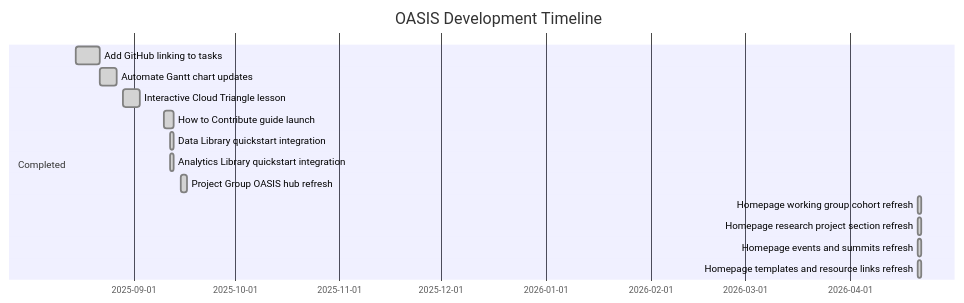
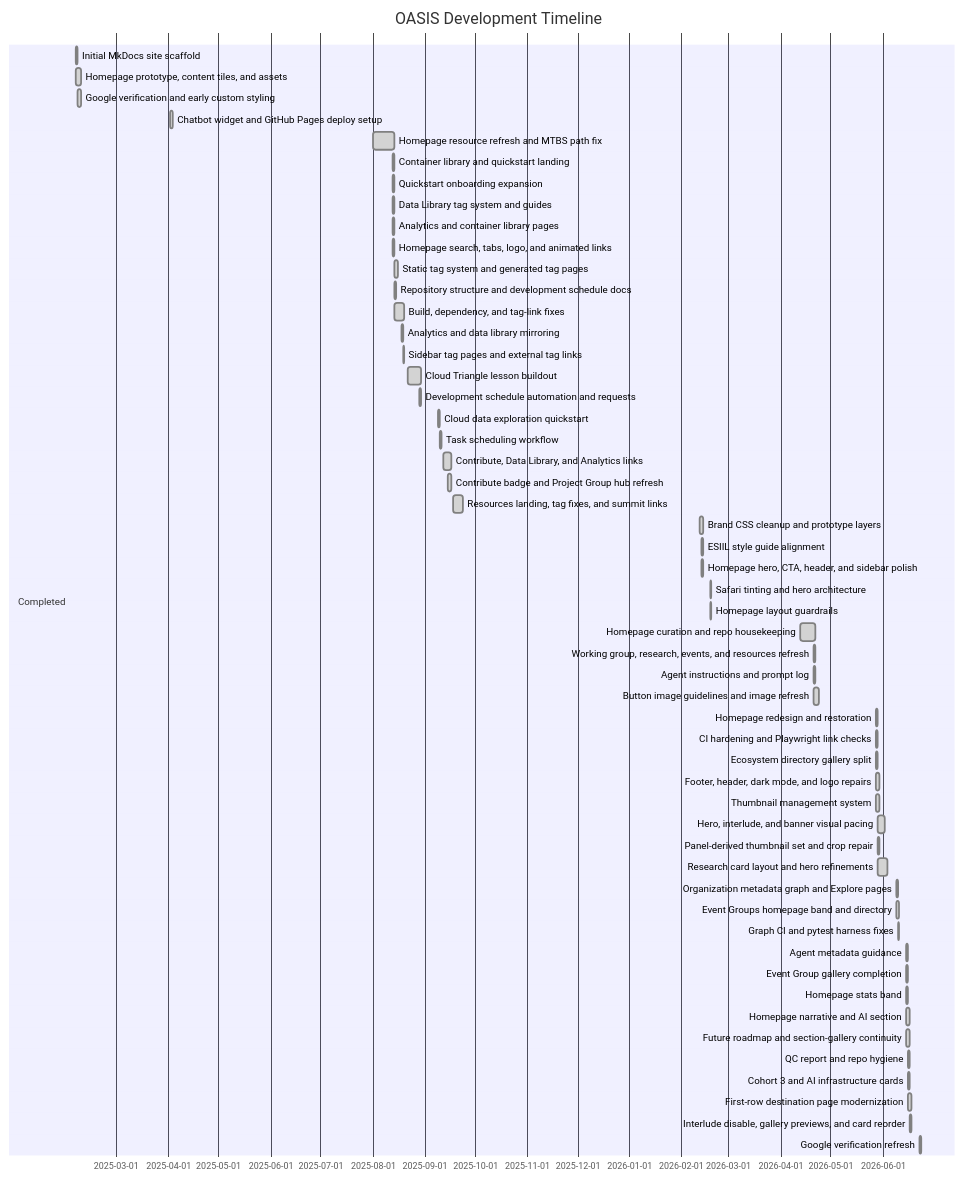
Before and after one commit to CU-ESIIL/home: the first of 2 diagrams in docs/dev-schedule.md, drawn with Mermaid. The commit also changed other lines of this file and 2 other files, not shown here.

Commit message:
dev schedule update

````diff
--- a/docs/dev-schedule.md
+++ b/docs/dev-schedule.md
@@ -174,19 +271,60 @@
 ```mermaid
 gantt
     dateFormat  YYYY-MM-DD
     title OASIS Development Timeline
 %% gantt-start
     section Completed
-    Add GitHub linking to tasks  :done, plan1, 2025-08-15, 7d
-    Automate Gantt chart updates  :done, plan2, 2025-08-22, 5d
-    Interactive Cloud Triangle lesson  :done, plan3, 2025-08-29, 5d
-    How to Contribute guide launch  :done, plan4, 2025-09-10, 3d
-    Data Library quickstart integration  :done, plan5, 2025-09-12, 1d
-    Analytics Library quickstart integration  :done, plan6, 2025-09-12, 1d
-    Project Group OASIS hub refresh  :done, plan7, 2025-09-15, 2d
-    Homepage working group cohort refresh  :done, plan8, 2026-04-21, 1d
-    Homepage research project section refresh  :done, plan9, 2026-04-21, 1d
-    Homepage events and summits refresh  :done, plan10, 2026-04-21, 1d
-    Homepage templates and resource links refresh  :done, plan11, 2026-04-21, 1d
+    Initial MkDocs site scaffold  :done, plan1, 2025-02-05, 1d
+    Homepage prototype, content tiles, and assets  :done, plan2, 2025-02-05, 3d
+    Google verification and early custom styling  :done, plan3, 2025-02-06, 2d
+    Chatbot widget and GitHub Pages deploy setup  :done, plan4, 2025-04-02, 2d
+    Homepage resource refresh and MTBS path fix  :done, plan5, 2025-08-01, 13d
+    Container library and quickstart landing  :done, plan6, 2025-08-13, 1d
+    Quickstart onboarding expansion  :done, plan7, 2025-08-13, 1d
+    Data Library tag system and guides  :done, plan8, 2025-08-13, 1d
+    Analytics and container library pages  :done, plan9, 2025-08-13, 1d
+    Homepage search, tabs, logo, and animated links  :done, plan10, 2025-08-13, 1d
+    Static tag system and generated tag pages  :done, plan11, 2025-08-14, 2d
+    Repository structure and development schedule docs  :done, plan12, 2025-08-14, 1d
+    Build, dependency, and tag-link fixes  :done, plan13, 2025-08-14, 6d
+    Analytics and data library mirroring  :done, plan14, 2025-08-18, 1d
+    Sidebar tag pages and external tag links  :done, plan15, 2025-08-19, 1d
+    Cloud Triangle lesson buildout  :done, plan16, 2025-08-22, 8d
+    Development schedule automation and requests  :done, plan17, 2025-08-29, 1d
+    Cloud data exploration quickstart  :done, plan18, 2025-09-09, 1d
+    Task scheduling workflow  :done, plan19, 2025-09-10, 1d
+    Contribute, Data Library, and Analytics links  :done, plan20, 2025-09-12, 5d
+    Contribute badge and Project Group hub refresh  :done, plan21, 2025-09-15, 2d
+    Resources landing, tag fixes, and summit links  :done, plan22, 2025-09-18, 6d
+    Brand CSS cleanup and prototype layers  :done, plan23, 2026-02-12, 2d
+    ESIIL style guide alignment  :done, plan24, 2026-02-13, 1d
+    Homepage hero, CTA, header, and sidebar polish  :done, plan25, 2026-02-13, 1d
+    Safari tinting and hero architecture  :done, plan26, 2026-02-18, 1d
+    Homepage layout guardrails  :done, plan27, 2026-02-18, 1d
+    Homepage curation and repo housekeeping  :done, plan28, 2026-04-13, 9d
+    Working group, research, events, and resources refresh  :done, plan29, 2026-04-21, 1d
+    Agent instructions and prompt log  :done, plan30, 2026-04-21, 1d
+    Button image guidelines and image refresh  :done, plan31, 2026-04-21, 3d
+    Homepage redesign and restoration  :done, plan32, 2026-05-28, 1d
+    CI hardening and Playwright link checks  :done, plan33, 2026-05-28, 1d
+    Ecosystem directory gallery split  :done, plan34, 2026-05-28, 1d
+    Footer, header, dark mode, and logo repairs  :done, plan35, 2026-05-28, 2d
+    Thumbnail management system  :done, plan36, 2026-05-28, 2d
+    Hero, interlude, and banner visual pacing  :done, plan37, 2026-05-29, 4d
+    Panel-derived thumbnail set and crop repair  :done, plan38, 2026-05-29, 1d
+    Research card layout and hero refinements  :done, plan39, 2026-05-29, 6d
+    Organization metadata graph and Explore pages  :done, plan40, 2026-06-09, 1d
+    Event Groups homepage band and directory  :done, plan41, 2026-06-09, 2d
+    Graph CI and pytest harness fixes  :done, plan42, 2026-06-10, 1d
+    Agent metadata guidance  :done, plan43, 2026-06-15, 1d
+    Event Group gallery completion  :done, plan44, 2026-06-15, 1d
+    Homepage stats band  :done, plan45, 2026-06-15, 1d
+    Homepage narrative and AI section  :done, plan46, 2026-06-15, 2d
+    Future roadmap and section-gallery continuity  :done, plan47, 2026-06-15, 2d
+    QC report and repo hygiene  :done, plan48, 2026-06-16, 1d
+    Cohort 3 and AI infrastructure cards  :done, plan49, 2026-06-16, 1d
+    First-row destination page modernization  :done, plan50, 2026-06-16, 2d
+    Interlude disable, gallery previews, and card reorder  :done, plan51, 2026-06-17, 1d
+    Google verification refresh  :done, plan52, 2026-06-23, 1d
 %% gantt-end
 ```
````
